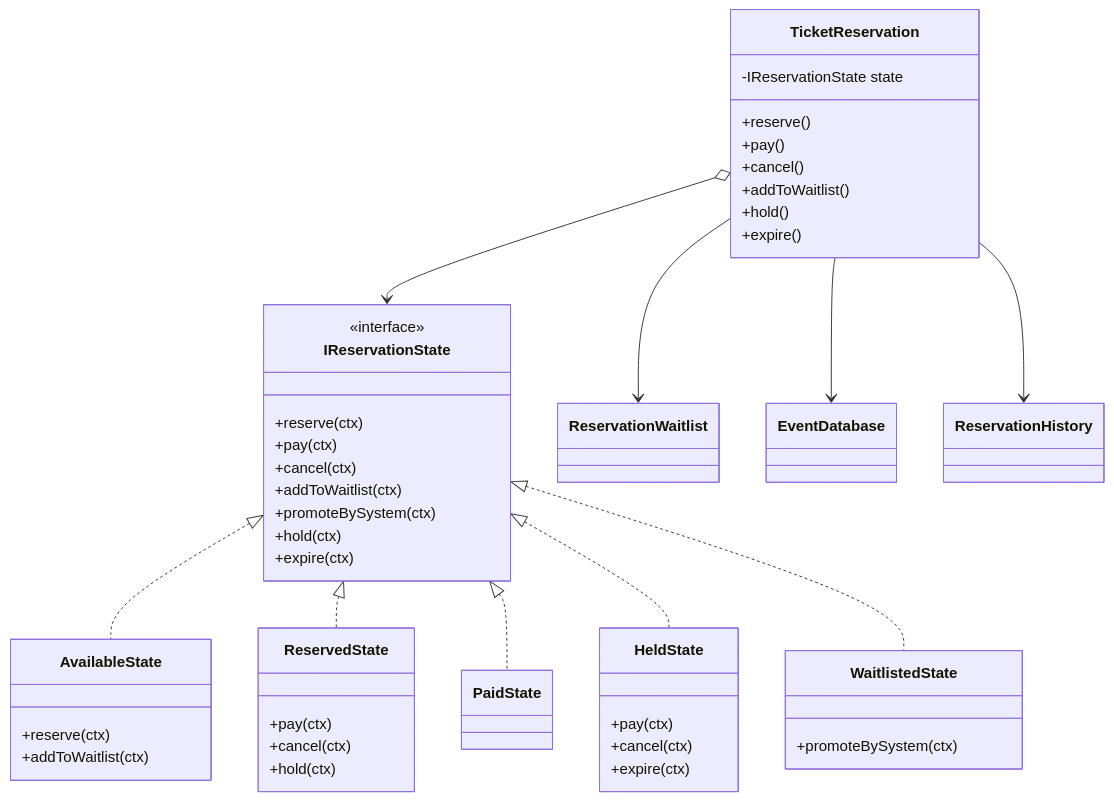
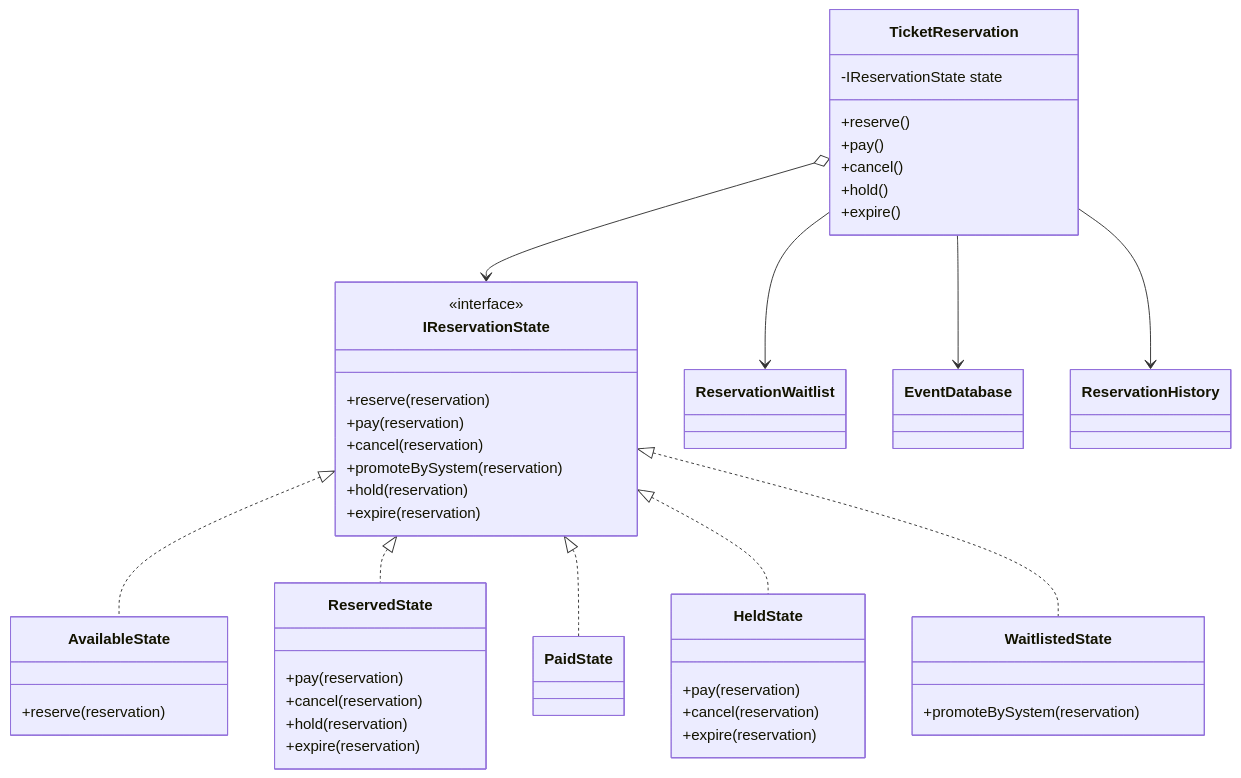
Diagram 23 of 23 in kindle/design-patterns/output/chapter03.md (kumachan1101-pixel/DesignPattern), drawn with Mermaid before and after one commit. The commit also changed other lines of this file and 21 other files, not shown here.

````diff
--- a/kindle/design-patterns/output/chapter03.md
+++ b/kindle/design-patterns/output/chapter03.md
@@ -2721,52 +2734,50 @@
 ```mermaid
 classDiagram
     class TicketReservation {
         -IReservationState state
         +reserve()
         +pay()
         +cancel()
-        +addToWaitlist()
         +hold()
         +expire()
     }
     class IReservationState {
         <<interface>>
-        +reserve(ctx)
-        +pay(ctx)
-        +cancel(ctx)
-        +addToWaitlist(ctx)
-        +promoteBySystem(ctx)
-        +hold(ctx)
-        +expire(ctx)
+        +reserve(reservation)
+        +pay(reservation)
+        +cancel(reservation)
+        +promoteBySystem(reservation)
+        +hold(reservation)
+        +expire(reservation)
     }
     class AvailableState {
-        +reserve(ctx)
-        +addToWaitlist(ctx)
+        +reserve(reservation)
     }
     class ReservedState {
-        +pay(ctx)
-        +cancel(ctx)
-        +hold(ctx)
+        +pay(reservation)
+        +cancel(reservation)
+        +hold(reservation)
+        +expire(reservation)
     }
     class PaidState
     class HeldState {
-        +pay(ctx)
-        +cancel(ctx)
-        +expire(ctx)
+        +pay(reservation)
+        +cancel(reservation)
+        +expire(reservation)
     }
     class WaitlistedState {
-        +promoteBySystem(ctx)
+        +promoteBySystem(reservation)
     }
     class ReservationWaitlist
     class EventDatabase
     class ReservationHistory
     TicketReservation --> ReservationWaitlist
     TicketReservation --> EventDatabase
     TicketReservation --> ReservationHistory
     TicketReservation o--> IReservationState
     IReservationState <|.. AvailableState
     IReservationState <|.. ReservedState
     IReservationState <|.. PaidState
     IReservationState <|.. HeldState
     IReservationState <|.. WaitlistedState
 ```
````
